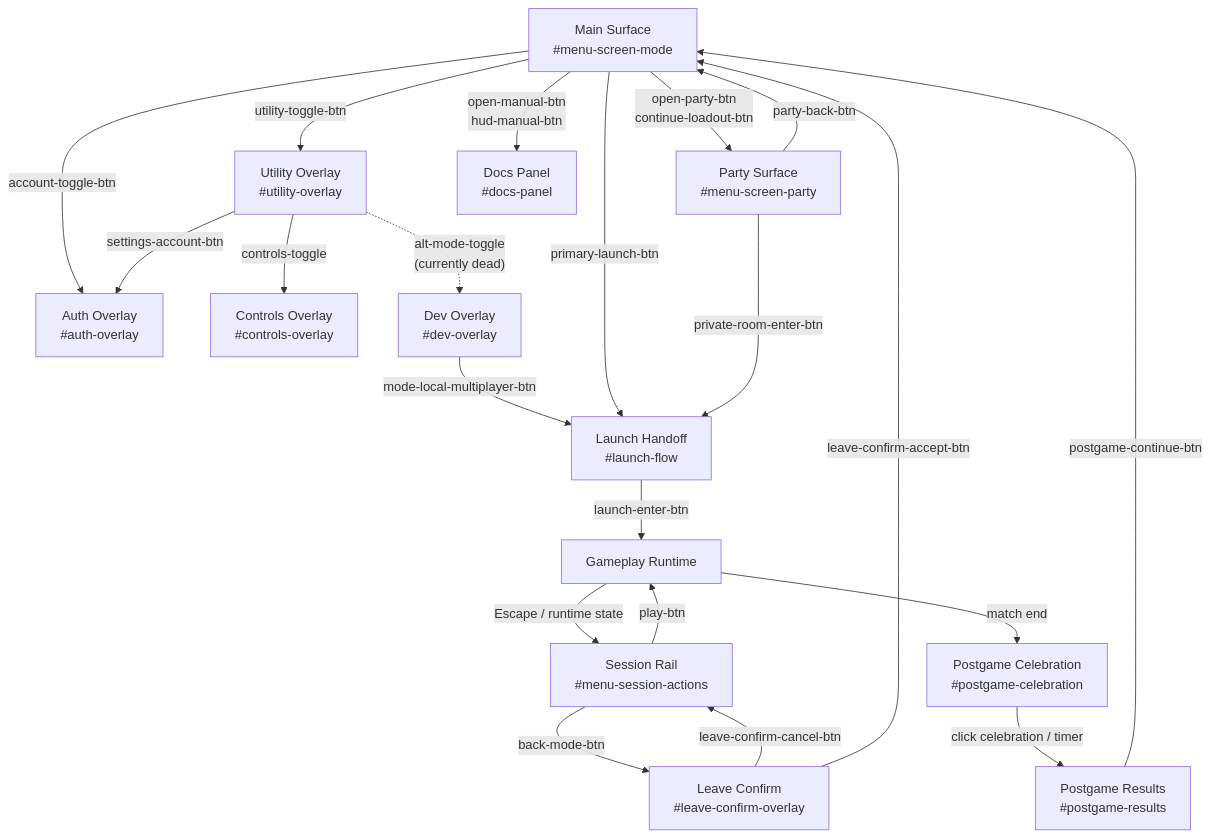
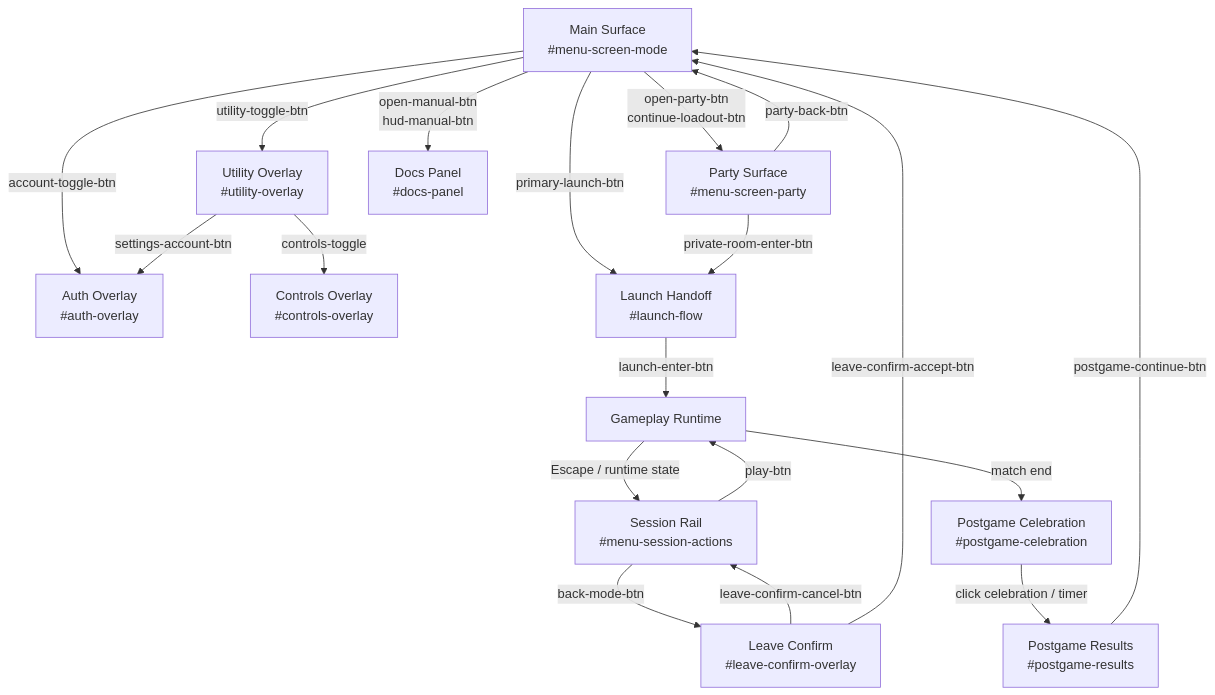
Before and after one commit to g-guthrie/MineShoot: the diagram in docs/menu-click-path-map.md, drawn with Mermaid. The commit also changed other lines of this file and 118 other files, not shown here.

````diff
--- a/docs/menu-click-path-map.md
+++ b/docs/menu-click-path-map.md
@@ -12,37 +12,34 @@
 ```mermaid
 flowchart TD
     Main["Main Surface<br/>#menu-screen-mode"]
     Party["Party Surface<br/>#menu-screen-party"]
     Utility["Utility Overlay<br/>#utility-overlay"]
     Auth["Auth Overlay<br/>#auth-overlay"]
     Controls["Controls Overlay<br/>#controls-overlay"]
     Docs["Docs Panel<br/>#docs-panel"]
-    Dev["Dev Overlay<br/>#dev-overlay"]
     Handoff["Launch Handoff<br/>#launch-flow"]
     Gameplay["Gameplay Runtime"]
     Session["Session Rail<br/>#menu-session-actions"]
     Leave["Leave Confirm<br/>#leave-confirm-overlay"]
     Celebration["Postgame Celebration<br/>#postgame-celebration"]
     Results["Postgame Results<br/>#postgame-results"]
 
     Main -->|"open-party-btn<br/>continue-loadout-btn"| Party
     Main -->|"utility-toggle-btn"| Utility
     Main -->|"account-toggle-btn"| Auth
     Main -->|"open-manual-btn<br/>hud-manual-btn"| Docs
     Utility -->|"settings-account-btn"| Auth
     Utility -->|"controls-toggle"| Controls
-    Utility -.->|"alt-mode-toggle<br/>(currently dead)"| Dev
-    Dev -->|"mode-local-multiplayer-btn"| Handoff
     Main -->|"primary-launch-btn"| Handoff
     Party -->|"private-room-enter-btn"| Handoff
     Handoff -->|"launch-enter-btn"| Gameplay
     Gameplay -->|"Escape / runtime state"| Session
     Session -->|"play-btn"| Gameplay
     Session -->|"back-mode-btn"| Leave
     Leave -->|"leave-confirm-cancel-btn"| Session
     Leave -->|"leave-confirm-accept-btn"| Main
     Gameplay -->|"match end"| Celebration
     Celebration -->|"click celebration / timer"| Results
     Results -->|"postgame-continue-btn"| Main
     Party -->|"party-back-btn"| Main
 ```
````
